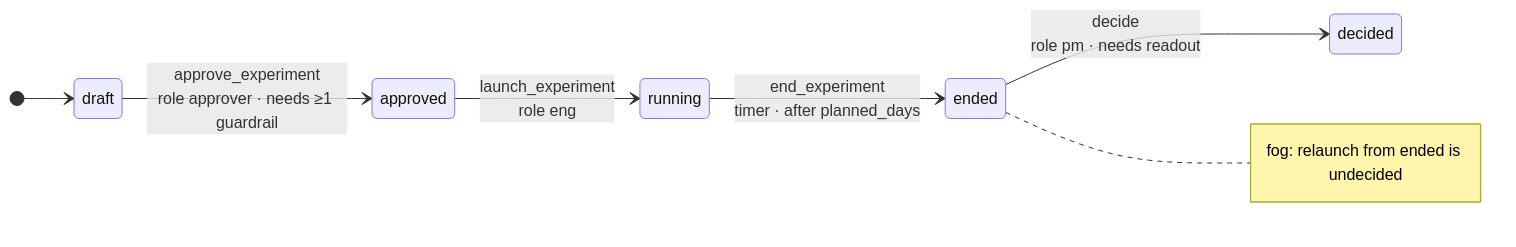
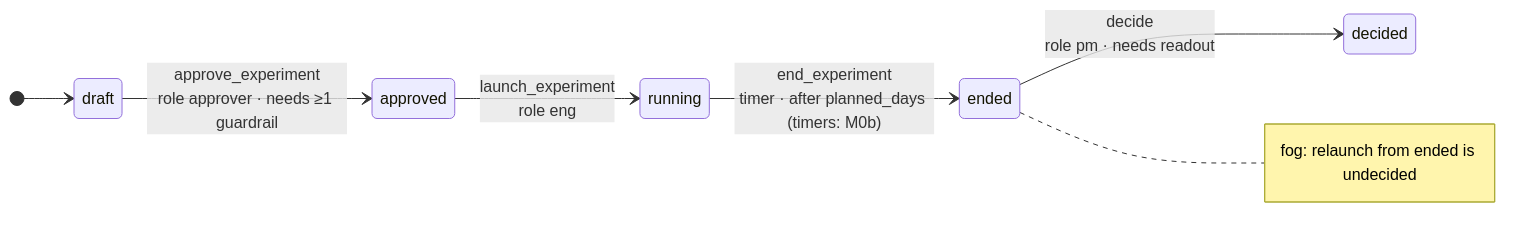
Before and after one commit to SteamShon/toprope: the first of 2 diagrams in docs/how-it-works.md, drawn with Mermaid. The commit also changed other lines of this file and 3 other files, not shown here.

````diff
--- a/docs/how-it-works.md
+++ b/docs/how-it-works.md
@@ -111,12 +117,12 @@
 ```mermaid
 stateDiagram-v2
     direction LR
     [*] --> draft
     draft --> approved: approve_experiment<br/>role approver · needs ≥1 guardrail
     approved --> running: launch_experiment<br/>role eng
-    running --> ended: end_experiment<br/>timer · after planned_days
+    running --> ended: end_experiment<br/>timer · after planned_days (timers: M0b)
     ended --> decided: decide<br/>role pm · needs readout
     note right of ended
         fog: relaunch from ended is undecided
     end note
 ```
````
